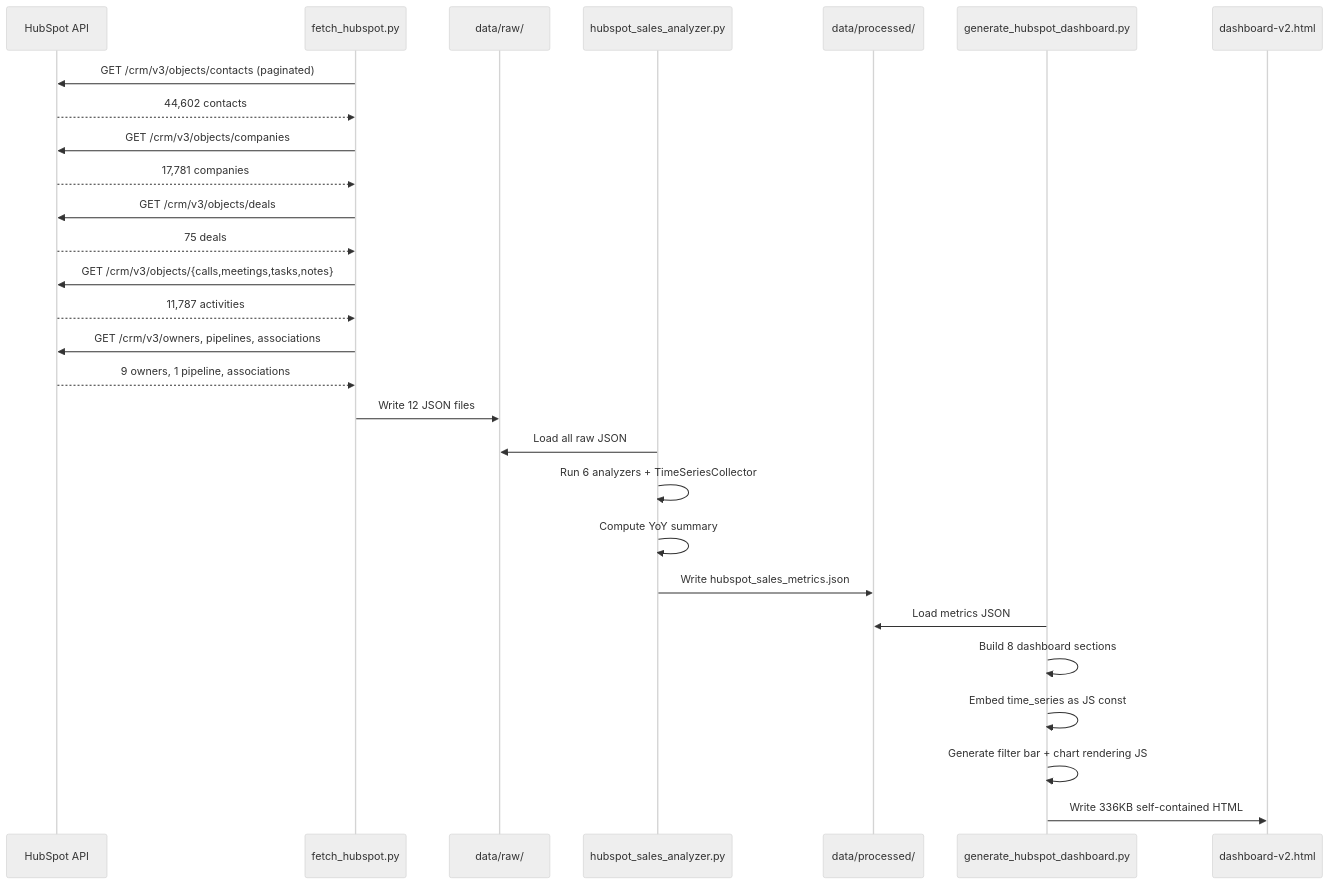
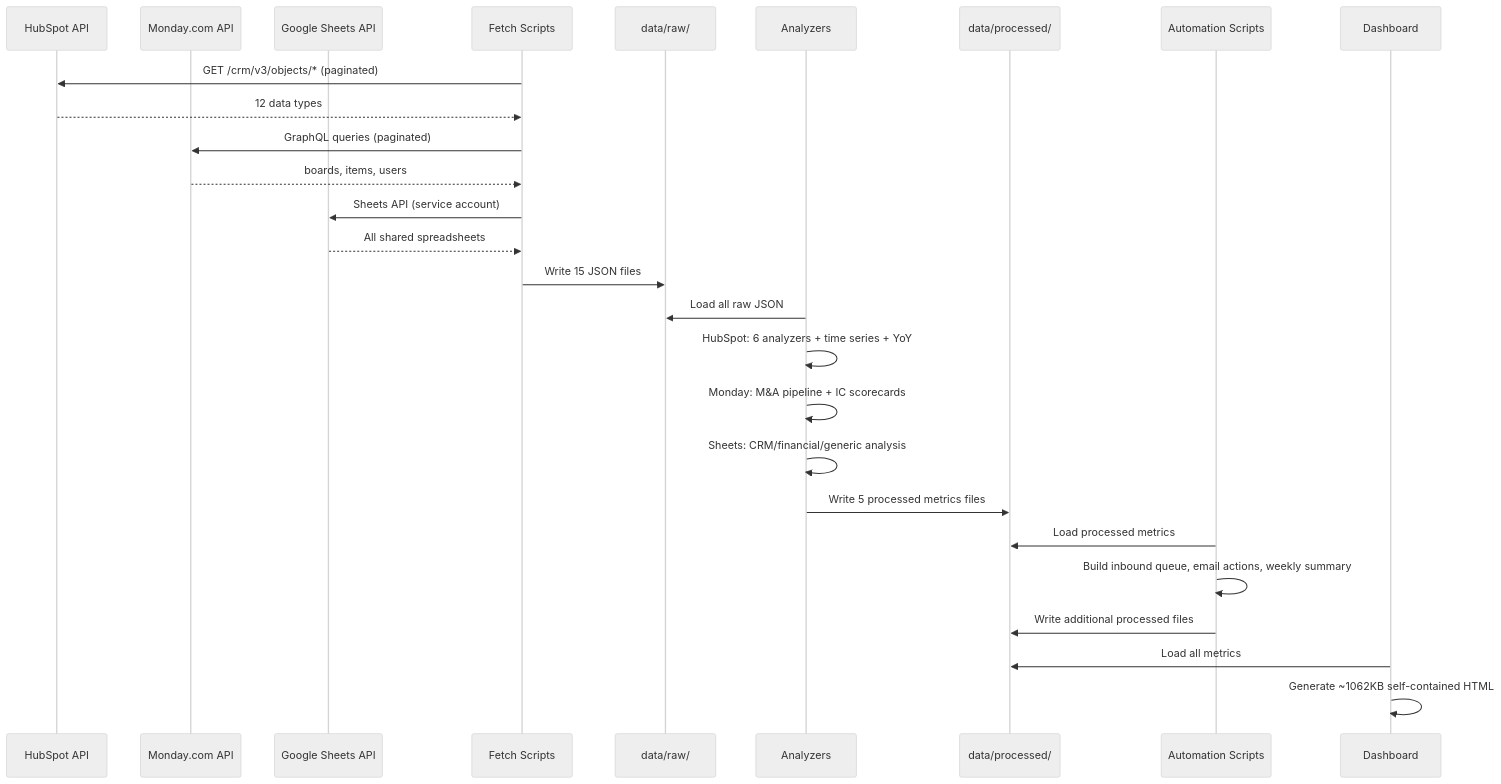
Before and after one commit to caldonhenson-dotcom/annas-ai-hub: the second of 4 diagrams in HUBSPOT_DASHBOARD.md, drawn with Mermaid (neutral theme). The commit also changed other lines of this file and 11 other files, not shown here.

First line of the commit message:
feat: Dashboard UX updates, Vercel config, GitHub workflows, and analyzer enhancements

````diff
--- a/HUBSPOT_DASHBOARD.md
+++ b/HUBSPOT_DASHBOARD.md
@@ -73,33 +126,33 @@
 ```mermaid
 sequenceDiagram
     participant H as HubSpot API
-    participant F as fetch_hubspot.py
+    participant M as Monday.com API
+    participant G as Google Sheets API
+    participant F as Fetch Scripts
     participant R as data/raw/
-    participant A as hubspot_sales_analyzer.py
+    participant A as Analyzers
     participant P as data/processed/
-    participant G as generate_hubspot_dashboard.py
-    participant D as dashboard-v2.html
+    participant Q as Automation Scripts
+    participant D as Dashboard
 
-    F->>H: GET /crm/v3/objects/contacts (paginated)
-    H-->>F: 44,602 contacts
-    F->>H: GET /crm/v3/objects/companies
-    H-->>F: 17,781 companies
-    F->>H: GET /crm/v3/objects/deals
-    H-->>F: 75 deals
-    F->>H: GET /crm/v3/objects/{calls,meetings,tasks,notes}
-    H-->>F: 11,787 activities
-    F->>H: GET /crm/v3/owners, pipelines, associations
-    H-->>F: 9 owners, 1 pipeline, associations
-    F->>R: Write 12 JSON files
+    F->>H: GET /crm/v3/objects/* (paginated)
+    H-->>F: 12 data types
+    F->>M: GraphQL queries (paginated)
+    M-->>F: boards, items, users
+    F->>G: Sheets API (service account)
+    G-->>F: All shared spreadsheets
+    F->>R: Write 15 JSON files
 
     A->>R: Load all raw JSON
-    A->>A: Run 6 analyzers + TimeSeriesCollector
-    A->>A: Compute YoY summary
-    A->>P: Write hubspot_sales_metrics.json
+    A->>A: HubSpot: 6 analyzers + time series + YoY
+    A->>A: Monday: M&A pipeline + IC scorecards
+    A->>A: Sheets: CRM/financial/generic analysis
+    A->>P: Write 5 processed metrics files
 
-    G->>P: Load metrics JSON
-    G->>G: Build 8 dashboard sections
-    G->>G: Embed time_series as JS const
-    G->>G: Generate filter bar + chart rendering JS
-    G->>D: Write 336KB self-contained HTML
+    Q->>P: Load processed metrics
+    Q->>Q: Build inbound queue, email actions, weekly summary
+    Q->>P: Write additional processed files
+
+    D->>P: Load all metrics
+    D->>D: Generate ~1062KB self-contained HTML
 ```
````
